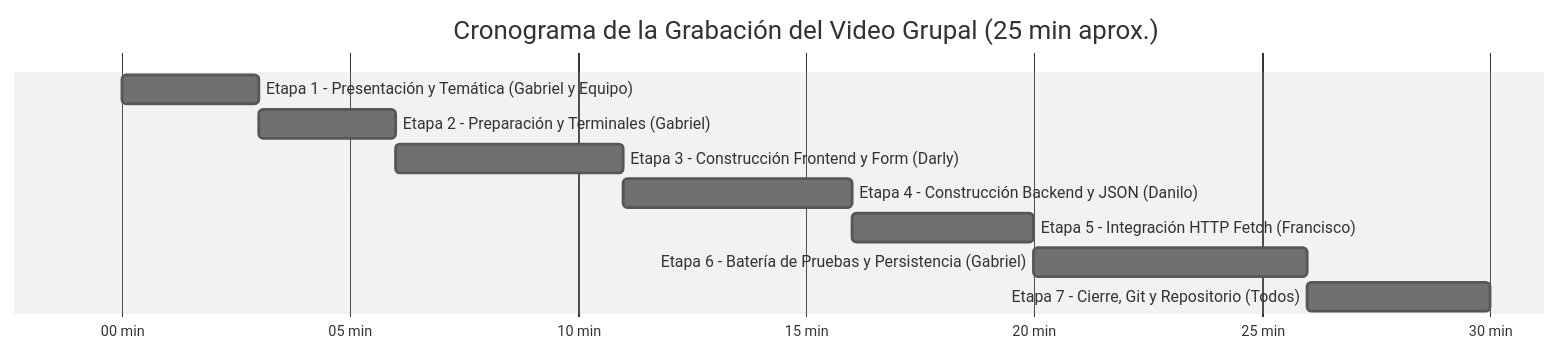
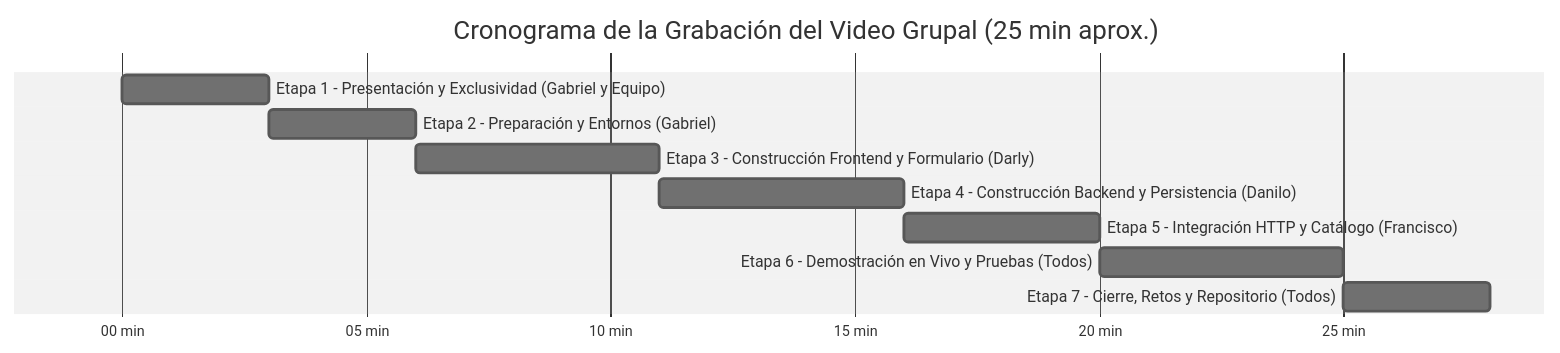
Before and after one commit to FranciscoArias10/Biblioinfo: the diagram in GUIA_MAESTRA_BIBLIOINFO.md, drawn with Mermaid (neutral theme). The commit also changed other lines of this file, not shown here.

````diff
--- a/GUIA_MAESTRA_BIBLIOINFO.md
+++ b/GUIA_MAESTRA_BIBLIOINFO.md
@@ -284,13 +171,13 @@
 ```mermaid
 gantt
     title Cronograma de la Grabación del Video Grupal (25 min aprox.)
     dateFormat  mm
     axisFormat  %M min
-    Etapa 1 - Presentación y Temática (Gabriel y Equipo) :00, 3m
-    Etapa 2 - Preparación y Terminales (Gabriel)          :03, 3m
-    Etapa 3 - Construcción Frontend y Form (Darly)        :06, 5m
-    Etapa 4 - Construcción Backend y JSON (Danilo)        :11, 5m
-    Etapa 5 - Integración HTTP Fetch (Francisco)         :16, 4m
-    Etapa 6 - Batería de Pruebas y Persistencia (Gabriel):20, 6m
-    Etapa 7 - Cierre, Git y Repositorio (Todos)          :26, 4m
+    Etapa 1 - Presentación y Exclusividad (Gabriel y Equipo) :00, 3m
+    Etapa 2 - Preparación y Entornos (Gabriel)               :03, 3m
+    Etapa 3 - Construcción Frontend y Formulario (Darly)     :06, 5m
+    Etapa 4 - Construcción Backend y Persistencia (Danilo)   :11, 5m
+    Etapa 5 - Integración HTTP y Catálogo (Francisco)        :16, 4m
+    Etapa 6 - Demostración en Vivo y Pruebas (Todos)         :20, 5m
+    Etapa 7 - Cierre, Retos y Repositorio (Todos)            :25, 3m
 ```
````
